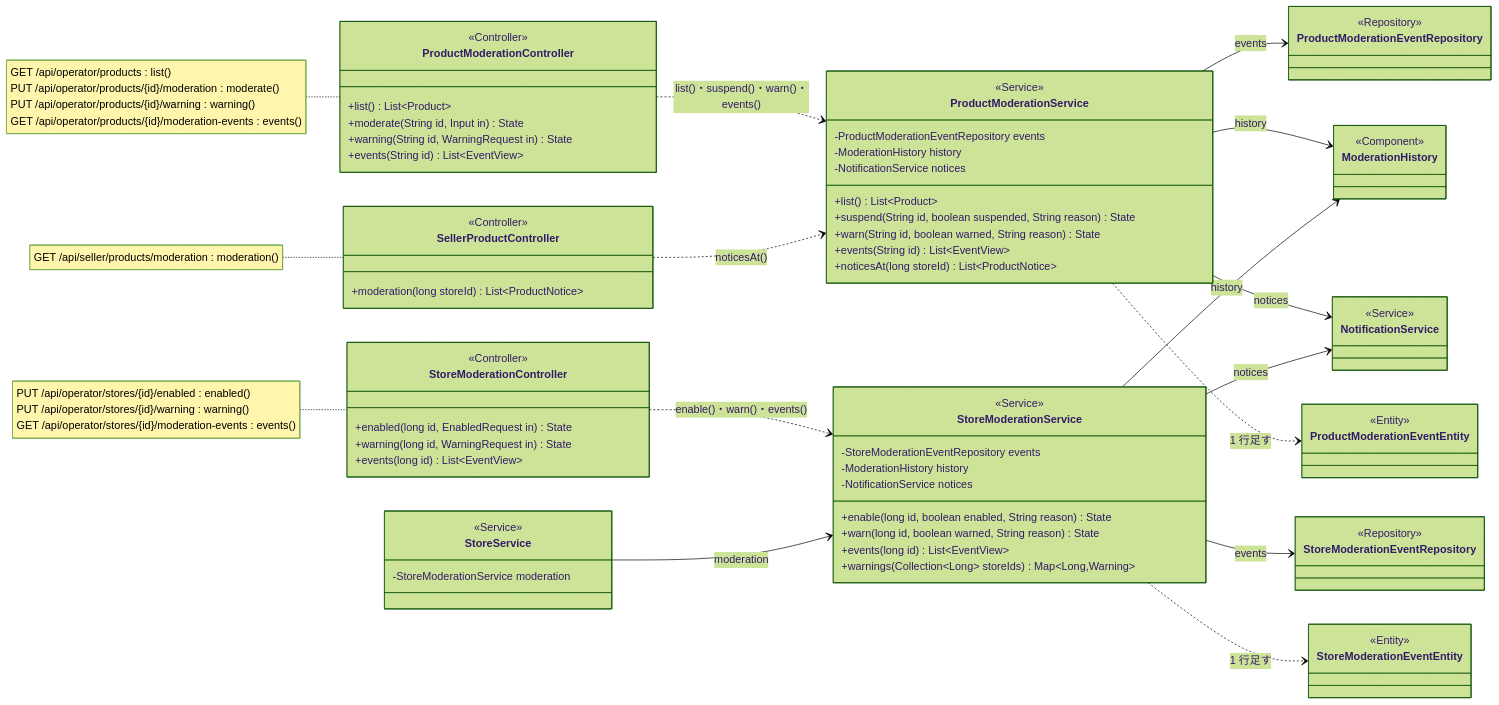
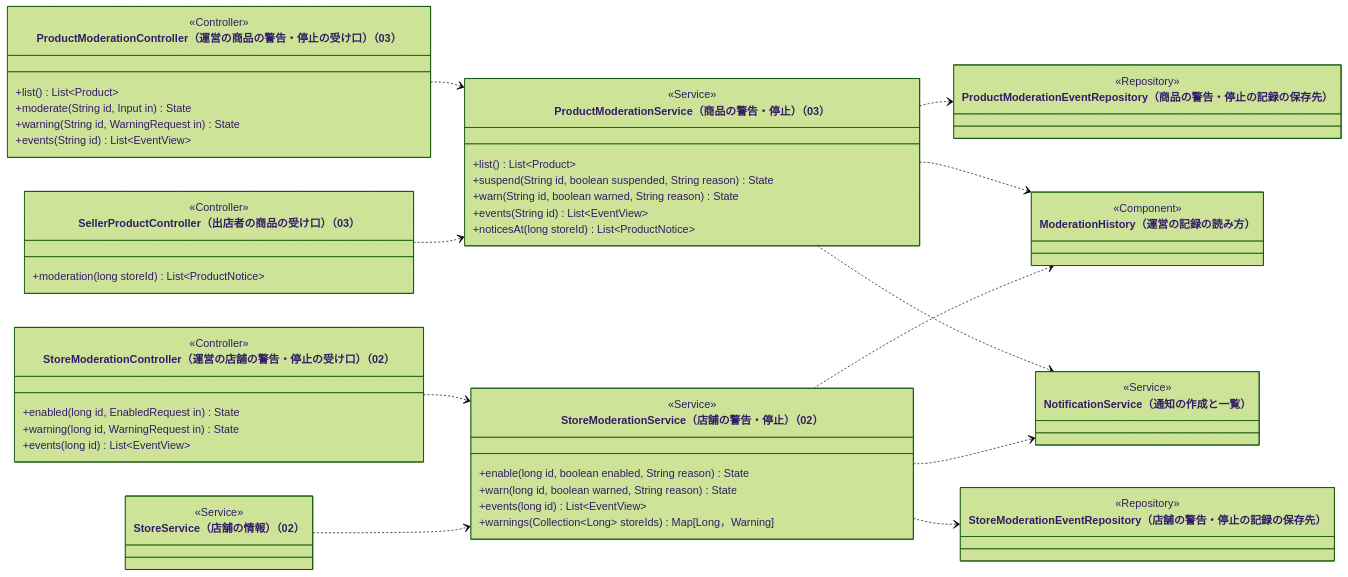
One commit to abeouga/kusakari-document changed the fifth of 7 diagrams in クラス図/kusakari-ec/07_通知と運営の記録.md. Above: the diagram before and after it, drawn with Mermaid (forest theme). The commit also changed other lines of this file and 87 other files, not shown here.

Commit message:
EC のクラス図に全体図を足し、詳細図をデータとモジュールの図に分けて書き直す

````diff
--- a/クラス図/kusakari-ec/07_通知と運営の記録.md
+++ b/クラス図/kusakari-ec/07_通知と運営の記録.md
@@ -390,79 +373,61 @@
 ```mermaid
 classDiagram
     direction LR
-    class ProductModerationController {
+    class ProductModerationController["ProductModerationController（運営の商品の警告・停止の受け口）（03）"] {
         <<Controller>>
         +list() List~Product~
         +moderate(String id, Input in) State
         +warning(String id, WarningRequest in) State
         +events(String id) List~EventView~
     }
-    class SellerProductController {
+    class SellerProductController["SellerProductController（出店者の商品の受け口）（03）"] {
         <<Controller>>
         +moderation(long storeId) List~ProductNotice~
     }
-    class ProductModerationService {
+    class ProductModerationService["ProductModerationService（商品の警告・停止）（03）"] {
         <<Service>>
-        -ProductModerationEventRepository events
-        -ModerationHistory history
-        -NotificationService notices
         +list() List~Product~
         +suspend(String id, boolean suspended, String reason) State
         +warn(String id, boolean warned, String reason) State
         +events(String id) List~EventView~
         +noticesAt(long storeId) List~ProductNotice~
     }
-    class StoreModerationController {
+    class StoreModerationController["StoreModerationController（運営の店舗の警告・停止の受け口）（02）"] {
         <<Controller>>
         +enabled(long id, EnabledRequest in) State
         +warning(long id, WarningRequest in) State
         +events(long id) List~EventView~
     }
-    class StoreModerationService {
+    class StoreService["StoreService（店舗の情報）（02）"] {
         <<Service>>
-        -StoreModerationEventRepository events
-        -ModerationHistory history
-        -NotificationService notices
+    }
+    class StoreModerationService["StoreModerationService（店舗の警告・停止）（02）"] {
+        <<Service>>
         +enable(long id, boolean enabled, String reason) State
         +warn(long id, boolean warned, String reason) State
         +events(long id) List~EventView~
-        +warnings(Collection~Long~ storeIds) Map~Long,Warning~
+        +warnings(Collection~Long~ storeIds) Map[Long，Warning]
     }
-    class StoreService {
-        <<Service>>
-        -StoreModerationService moderation
+    class ProductModerationEventRepository["ProductModerationEventRepository（商品の警告・停止の記録の保存先）"] {
+        <<Repository>>
     }
-    class ModerationHistory {
+    class ModerationHistory["ModerationHistory（運営の記録の読み方）"] {
         <<Component>>
     }
-    class ProductModerationEventRepository {
+    class StoreModerationEventRepository["StoreModerationEventRepository（店舗の警告・停止の記録の保存先）"] {
         <<Repository>>
     }
-    class StoreModerationEventRepository {
-        <<Repository>>
-    }
-    class ProductModerationEventEntity {
-        <<Entity>>
-    }
-    class StoreModerationEventEntity {
-        <<Entity>>
-    }
-    class NotificationService {
+    class NotificationService["NotificationService（通知の作成と一覧）"] {
         <<Service>>
     }
-    ProductModerationController ..> ProductModerationService : list()・suspend()・warn()・events()
-    SellerProductController ..> ProductModerationService : noticesAt()
-    ProductModerationService --> ProductModerationEventRepository : events
-    ProductModerationService --> ModerationHistory : history
-    ProductModerationService --> NotificationService : notices
-    ProductModerationService ..> ProductModerationEventEntity : 1 行足す
-    StoreModerationController ..> StoreModerationService : enable()・warn()・events()
-    StoreService --> StoreModerationService : moderation
-    StoreModerationService --> StoreModerationEventRepository : events
-    StoreModerationService --> ModerationHistory : history
-    StoreModerationService --> NotificationService : notices
-    StoreModerationService ..> StoreModerationEventEntity : 1 行足す
-    note for ProductModerationController "GET /api/operator/products : list()<br/>PUT /api/operator/products/{id}/moderation : moderate()<br/>PUT /api/operator/products/{id}/warning : warning()<br/>GET /api/operator/products/{id}/moderation-events : events()"
-    note for SellerProductController "GET /api/seller/products/moderation : moderation()"
-    note for StoreModerationController "PUT /api/operator/stores/{id}/enabled : enabled()<br/>PUT /api/operator/stores/{id}/warning : warning()<br/>GET /api/operator/stores/{id}/moderation-events : events()"
+    ProductModerationController ..> ProductModerationService
+    SellerProductController ..> ProductModerationService
+    StoreModerationController ..> StoreModerationService
+    StoreService ..> StoreModerationService
+    ProductModerationService ..> ProductModerationEventRepository
+    ProductModerationService ..> ModerationHistory
+    ProductModerationService ..> NotificationService
+    StoreModerationService ..> StoreModerationEventRepository
+    StoreModerationService ..> ModerationHistory
+    StoreModerationService ..> NotificationService
 ```
````
